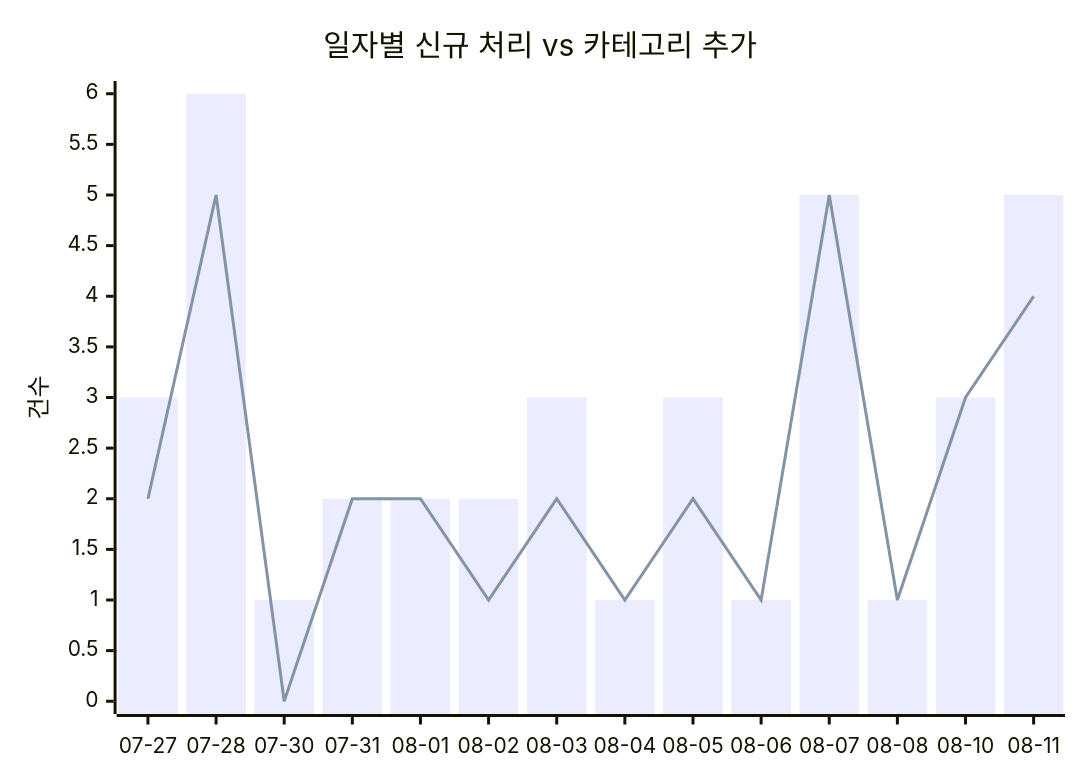
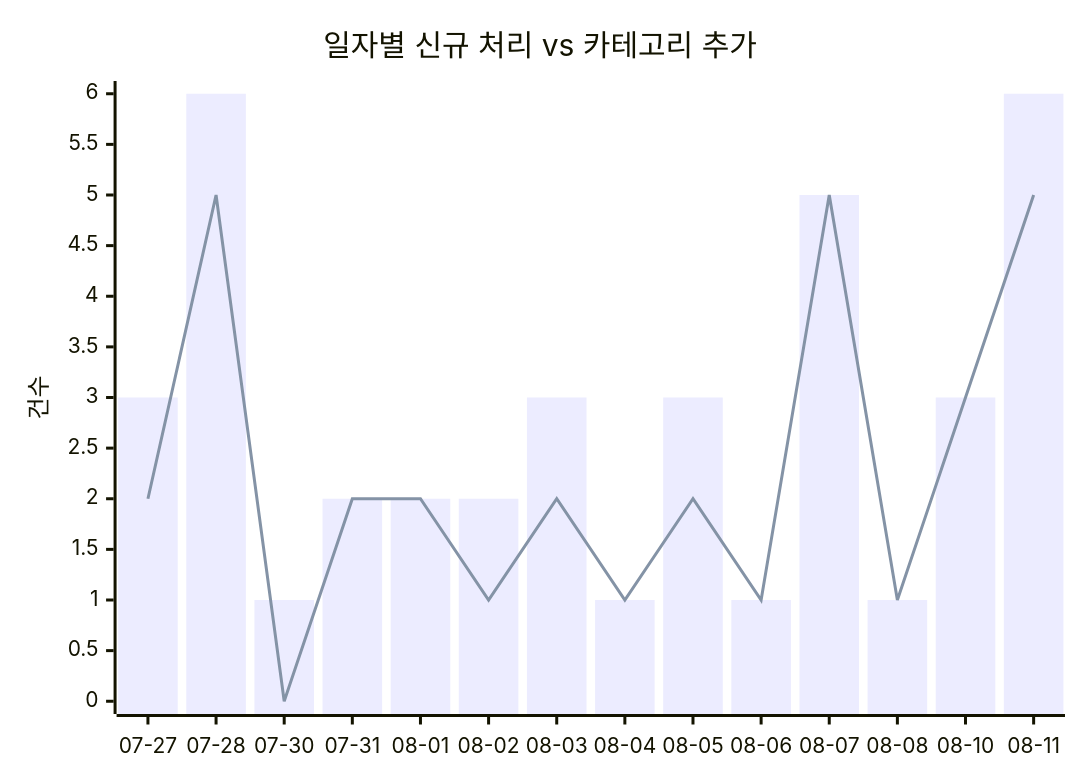
The first of 2 diagrams in docs/trends.md (J-nowcow/awesome-korean-agent-skills), drawn with Mermaid before and after one commit. The commit also changed other lines of this file and 3 other files, not shown here.

````diff
--- a/docs/trends.md
+++ b/docs/trends.md
@@ -32,8 +32,8 @@
 ```mermaid
 xychart-beta
     title "일자별 신규 처리 vs 카테고리 추가"
     x-axis ["07-27","07-28","07-30","07-31","08-01","08-02","08-03","08-04","08-05","08-06","08-07","08-08","08-10","08-11"]
     y-axis "건수"
-    bar [3,6,1,2,2,2,3,1,3,1,5,1,3,5]
-    line [2,5,0,2,2,1,2,1,2,1,5,1,3,4]
+    bar [3,6,1,2,2,2,3,1,3,1,5,1,3,6]
+    line [2,5,0,2,2,1,2,1,2,1,5,1,3,5]
 ```
````
